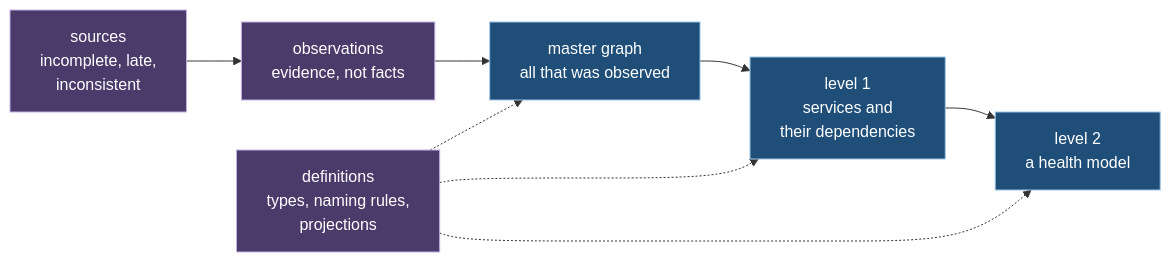
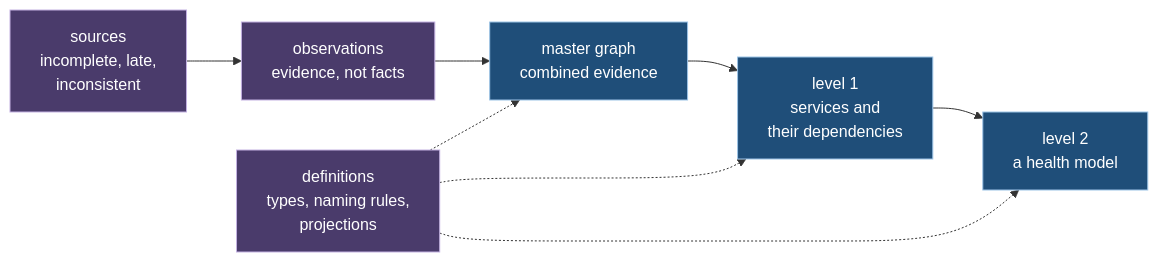
The diagram in paper/README.md (abossard/sattle), drawn with Mermaid before and after one commit. The commit also changed other lines of this file and 65 other files, not shown here.

````diff
--- a/paper/README.md
+++ b/paper/README.md
@@ -19,14 +19,14 @@
 ```mermaid
 flowchart LR
   S["sources<br/>incomplete, late,<br/>inconsistent"] --> O["observations<br/>evidence, not facts"]
-  O --> M["master graph<br/>all that was observed"]
+  O --> M["master graph<br/>combined evidence"]
   M --> L1["level 1<br/>services and<br/>their dependencies"]
   L1 --> L2["level 2<br/>a health model"]
   D["definitions<br/>types, naming rules,<br/>projections"] -.-> M
   D -.-> L1
   D -.-> L2
   classDef a fill:#4a3b6b,stroke:#c3b1e1,color:#ffffff
   classDef b fill:#1f4e79,stroke:#9cc3e6,color:#ffffff
   class S,O,D a
   class M,L1,L2 b
 ```
````
